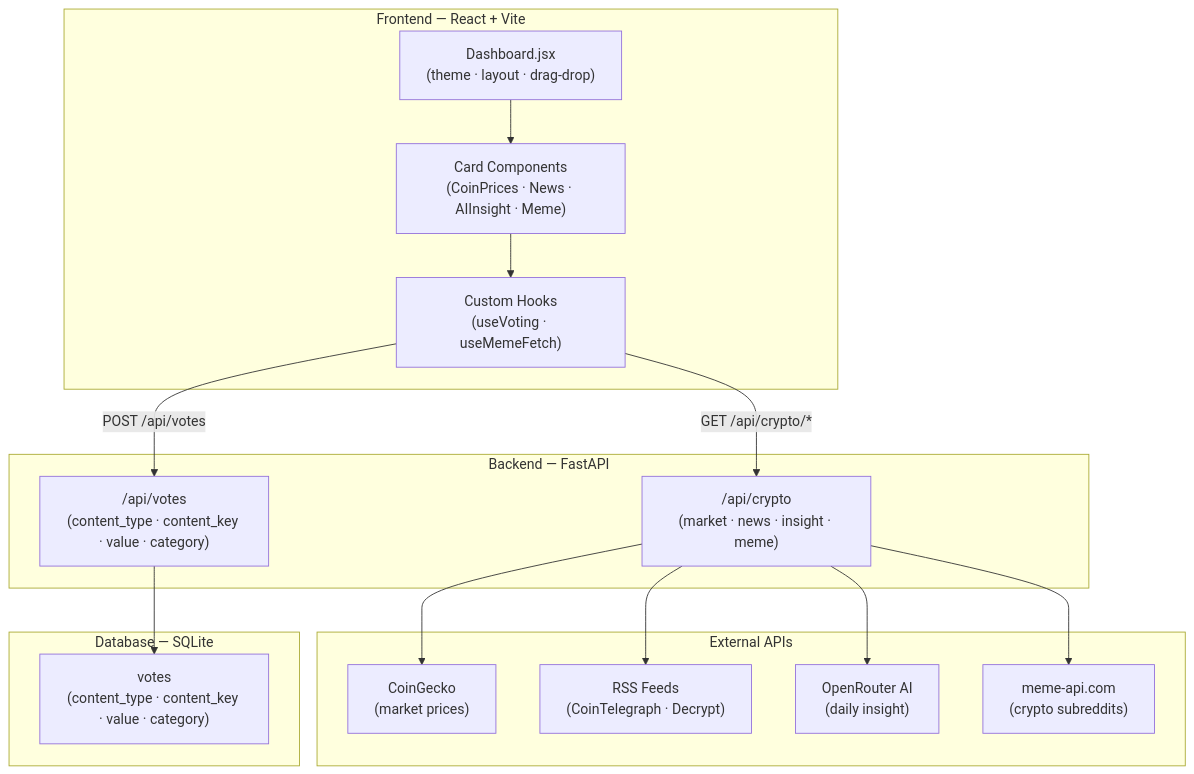
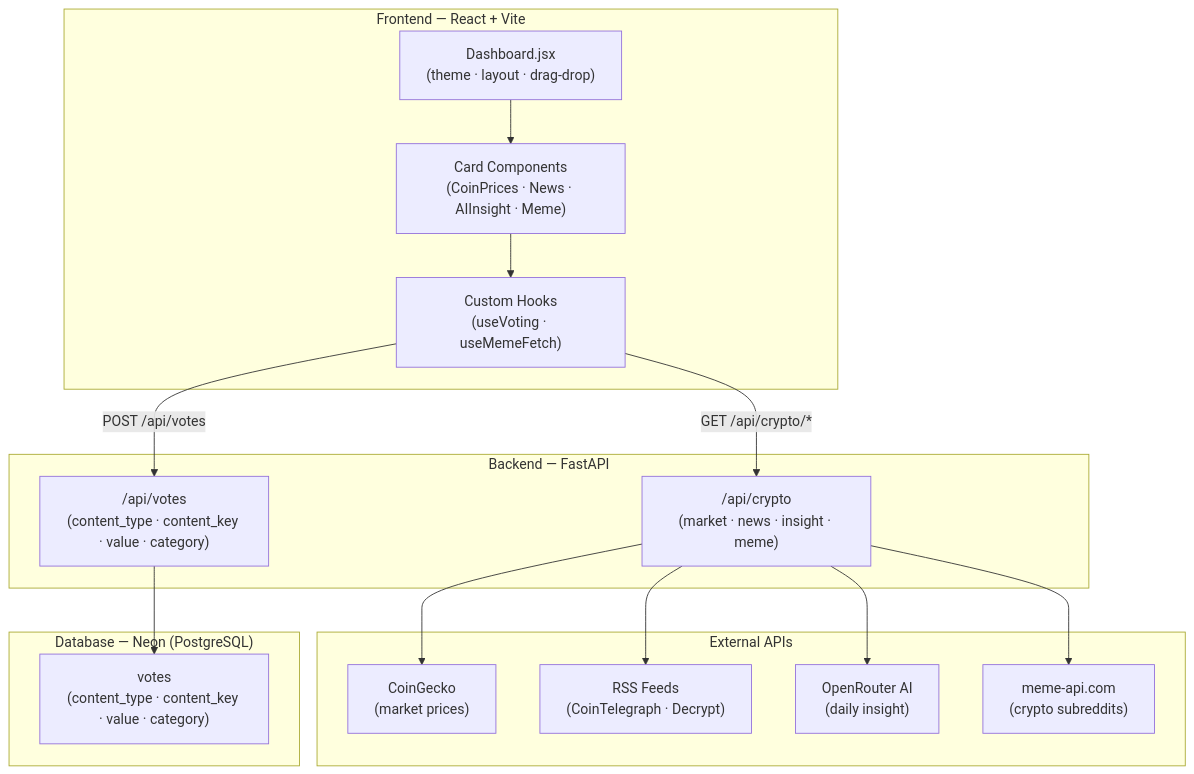
One commit to orishta/ai-crypto-advisor-ori changed the diagram in README.md. Above: the diagram before and after it, drawn with Mermaid. The commit also changed other lines of this file and 1 other file, not shown here.

````diff
--- a/README.md
+++ b/README.md
@@ -34,34 +34,34 @@
 ```mermaid
 flowchart TD
     subgraph Frontend["Frontend — React + Vite"]
         Dashboard["Dashboard.jsx\n(theme · layout · drag-drop)"]
         Cards["Card Components\n(CoinPrices · News · AIInsight · Meme)"]
         Hooks["Custom Hooks\n(useVoting · useMemeFetch)"]
     end
 
     subgraph Backend["Backend — FastAPI"]
         CryptoRouter["/api/crypto\n(market · news · insight · meme)"]
         VotesRouter["/api/votes\n(content_type · content_key · value · category)"]
     end
 
     subgraph ExternalAPIs["External APIs"]
         CoinGecko["CoinGecko\n(market prices)"]
         RSS["RSS Feeds\n(CoinTelegraph · Decrypt)"]
         OpenRouter["OpenRouter AI\n(daily insight)"]
         RedditMeme["meme-api.com\n(crypto subreddits)"]
     end
 
-    subgraph DB["Database — SQLite"]
+    subgraph DB["Database — Neon (PostgreSQL)"]
         VotesTable["votes\n(content_type · content_key · value · category)"]
     end
 
     Dashboard --> Cards
     Cards --> Hooks
     Hooks -->|"GET /api/crypto/*"| CryptoRouter
     Hooks -->|"POST /api/votes"| VotesRouter
     CryptoRouter --> CoinGecko
     CryptoRouter --> RSS
     CryptoRouter --> OpenRouter
     CryptoRouter --> RedditMeme
     VotesRouter --> VotesTable
 ```
````
